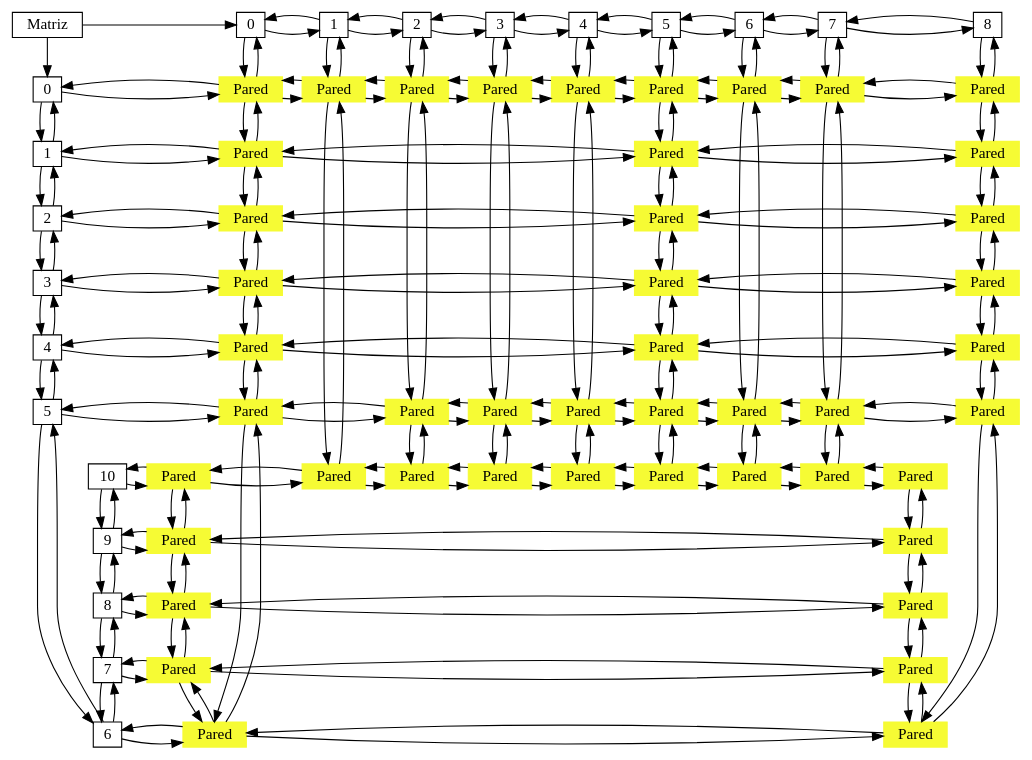
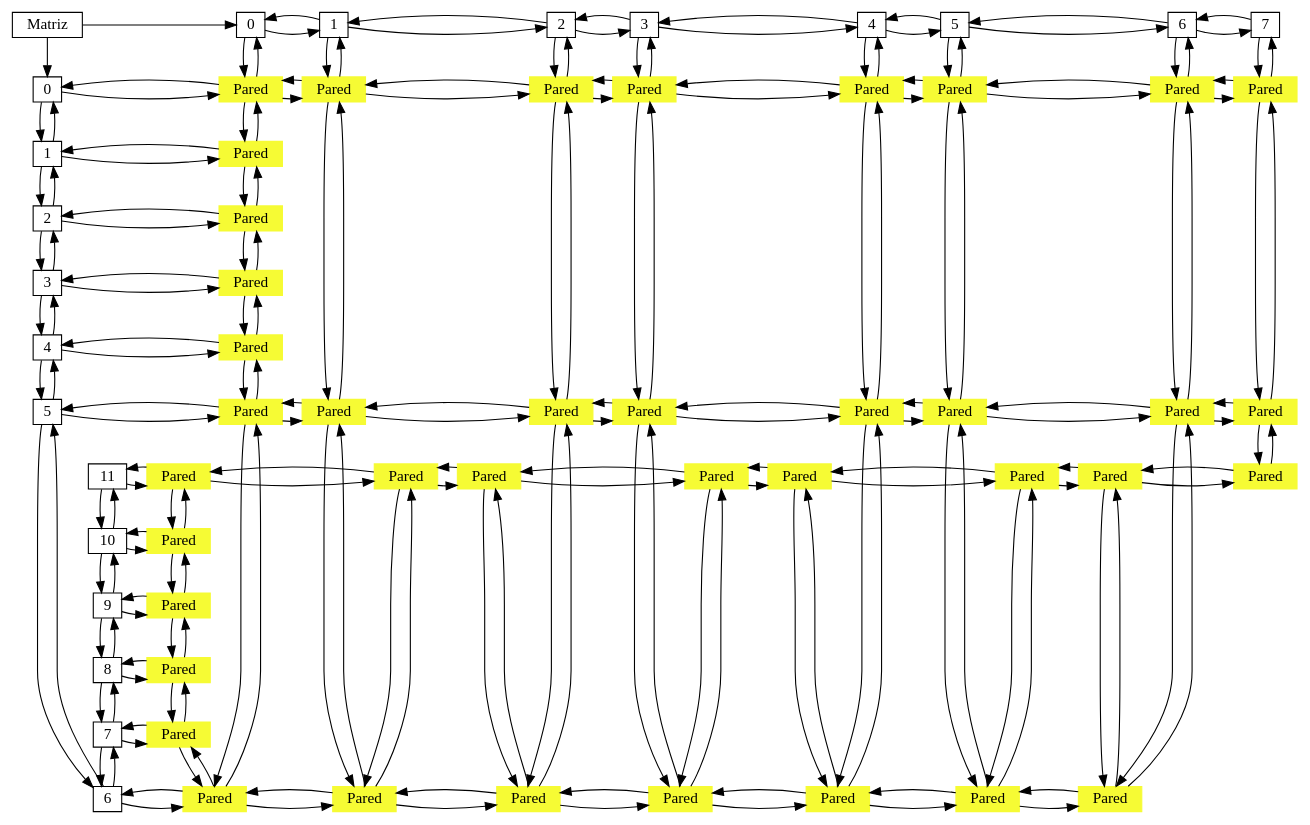
Before and after one commit to olgt/Laboratorio_EDD_201612341: the diagram in build-EDD_Proyecto_1-Desktop_Qt_5_15_0_GCC_64bit-Debug/Proyecto_Proyecto2_Nivel0.gv, drawn with Graphviz. The commit also changed 65 other files, not shown here.

```diff
--- a/build-EDD_Proyecto_1-Desktop_Qt_5_15_0_GCC_64bit-Debug/Proyecto_Proyecto2_Nivel0.gv
+++ b/build-EDD_Proyecto_1-Desktop_Qt_5_15_0_GCC_64bit-Debug/Proyecto_Proyecto2_Nivel0.gv
@@ -3,40 +3,43 @@
 node [shape=box, width=.1, height=.1]; 
 node0 [label = "Matriz", group=-1] 
 { 
-rank=same; node0, nodeY0, nodeY1, nodeY2, nodeY3, nodeY4, nodeY5, nodeY6, nodeY7, nodeY8; 
+rank=same; node0, nodeY0, nodeY1, nodeY2, nodeY3, nodeY4, nodeY5, nodeY6, nodeY7; 
 } 
 { 
-rank=same; nodeX0, node10000, node40001, node40002, node40003, node40004, node40005, node40006, node40007, node40008; 
+rank=same; nodeX0, node10000, node40001, node40002, node40003, node40004, node40005, node40006, node40007; 
 } 
 { 
-rank=same; nodeX1, node10001, node50001, node30001; 
+rank=same; nodeX1, node10001; 
 } 
 { 
-rank=same; nodeX2, node10002, node50002, node30002; 
+rank=same; nodeX2, node10002; 
 } 
 { 
-rank=same; nodeX3, node10003, node50003, node30003; 
+rank=same; nodeX3, node10003; 
 } 
 { 
-rank=same; nodeX4, node10004, node50004, node30004; 
+rank=same; nodeX4, node10004; 
 } 
 { 
-rank=same; nodeX5, node10005, node120002, node120003, node120004, node120005, node120006, node120007, node30005; 
+rank=same; nodeX5, node10005, node80001, node80002, node80003, node80004, node80005, node80006, node80007; 
 } 
 { 
-rank=same; nodeX6, node10006, node30006; 
+rank=same; nodeX6, node10006, node100001, node100002, node100003, node100004, node100005, node100006; 
 } 
 { 
-rank=same; nodeX7, node10007, node30007; 
+rank=same; nodeX7, node10007; 
 } 
 { 
-rank=same; nodeX8, node10008, node30008; 
+rank=same; nodeX8, node10008; 
 } 
 { 
-rank=same; nodeX9, node10009, node30009; 
+rank=same; nodeX9, node10009; 
 } 
 { 
-rank=same; nodeX10, node10010, node80001, node80002, node80003, node80004, node80005, node80006, node80007, node30010; 
+rank=same; nodeX10, node10010; 
+} 
+{ 
+rank=same; nodeX11, node60000, node60001, node60002, node60003, node60004, node60005, node60006, node60007; 
 } 
 nodeY0[label = "0", group=0]; 
 nodeY1[label = "1", group=1]; 
@@ -46,7 +49,6 @@
 nodeY5[label = "5", group=5]; 
 nodeY6[label = "6", group=6]; 
 nodeY7[label = "7", group=7]; 
-nodeY8[label = "8", group=8]; 
 nodeX0[label = "0", group=-1]; 
 nodeX1[label = "1", group=-1]; 
 nodeX2[label = "2", group=-1]; 
@@ -58,6 +60,7 @@
 nodeX8[label = "8", group=-1]; 
 nodeX9[label = "9", group=-1]; 
 nodeX10[label = "10", group=-1]; 
+nodeX11[label = "11", group=-1]; 
 node10000[label = "Pared", group=0, style=filled, color="#F6FB34"]; 
 node40001[label = "Pared", group=1, style=filled, color="#F6FB34"]; 
 node40002[label = "Pared", group=2, style=filled, color="#F6FB34"]; 
@@ -66,36 +69,11 @@
 node40005[label = "Pared", group=5, style=filled, color="#F6FB34"]; 
 node40006[label = "Pared", group=6, style=filled, color="#F6FB34"]; 
 node40007[label = "Pared", group=7, style=filled, color="#F6FB34"]; 
-node40008[label = "Pared", group=8, style=filled, color="#F6FB34"]; 
 node10001[label = "Pared", group=0, style=filled, color="#F6FB34"]; 
-node50001[label = "Pared", group=5, style=filled, color="#F6FB34"]; 
-node30001[label = "Pared", group=8, style=filled, color="#F6FB34"]; 
 node10002[label = "Pared", group=0, style=filled, color="#F6FB34"]; 
-node50002[label = "Pared", group=5, style=filled, color="#F6FB34"]; 
-node30002[label = "Pared", group=8, style=filled, color="#F6FB34"]; 
 node10003[label = "Pared", group=0, style=filled, color="#F6FB34"]; 
-node50003[label = "Pared", group=5, style=filled, color="#F6FB34"]; 
-node30003[label = "Pared", group=8, style=filled, color="#F6FB34"]; 
 node10004[label = "Pared", group=0, style=filled, color="#F6FB34"]; 
-node50004[label = "Pared", group=5, style=filled, color="#F6FB34"]; 
-node30004[label = "Pared", group=8, style=filled, color="#F6FB34"]; 
 node10005[label = "Pared", group=0, style=filled, color="#F6FB34"]; 
-node120002[label = "Pared", group=2, style=filled, color="#F6FB34"]; 
-node120003[label = "Pared", group=3, style=filled, color="#F6FB34"]; 
-node120004[label = "Pared", group=4, style=filled, color="#F6FB34"]; 
-node120005[label = "Pared", group=5, style=filled, color="#F6FB34"]; 
-node120006[label = "Pared", group=6, style=filled, color="#F6FB34"]; 
-node120007[label = "Pared", group=7, style=filled, color="#F6FB34"]; 
-node30005[label = "Pared", group=8, style=filled, color="#F6FB34"]; 
-node10006[label = "Pared", group=0, style=filled, color="#F6FB34"]; 
-node30006[label = "Pared", group=8, style=filled, color="#F6FB34"]; 
-node10007[label = "Pared", group=0, style=filled, color="#F6FB34"]; 
-node30007[label = "Pared", group=8, style=filled, color="#F6FB34"]; 
-node10008[label = "Pared", group=0, style=filled, color="#F6FB34"]; 
-node30008[label = "Pared", group=8, style=filled, color="#F6FB34"]; 
-node10009[label = "Pared", group=0, style=filled, color="#F6FB34"]; 
-node30009[label = "Pared", group=8, style=filled, color="#F6FB34"]; 
-node10010[label = "Pared", group=0, style=filled, color="#F6FB34"]; 
 node80001[label = "Pared", group=1, style=filled, color="#F6FB34"]; 
 node80002[label = "Pared", group=2, style=filled, color="#F6FB34"]; 
 node80003[label = "Pared", group=3, style=filled, color="#F6FB34"]; 
@@ -103,7 +81,25 @@
 node80005[label = "Pared", group=5, style=filled, color="#F6FB34"]; 
 node80006[label = "Pared", group=6, style=filled, color="#F6FB34"]; 
 node80007[label = "Pared", group=7, style=filled, color="#F6FB34"]; 
-node30010[label = "Pared", group=8, style=filled, color="#F6FB34"]; 
+node10006[label = "Pared", group=0, style=filled, color="#F6FB34"]; 
+node100001[label = "Pared", group=1, style=filled, color="#F6FB34"]; 
+node100002[label = "Pared", group=2, style=filled, color="#F6FB34"]; 
+node100003[label = "Pared", group=3, style=filled, color="#F6FB34"]; 
+node100004[label = "Pared", group=4, style=filled, color="#F6FB34"]; 
+node100005[label = "Pared", group=5, style=filled, color="#F6FB34"]; 
+node100006[label = "Pared", group=6, style=filled, color="#F6FB34"]; 
+node10007[label = "Pared", group=0, style=filled, color="#F6FB34"]; 
+node10008[label = "Pared", group=0, style=filled, color="#F6FB34"]; 
+node10009[label = "Pared", group=0, style=filled, color="#F6FB34"]; 
+node10010[label = "Pared", group=0, style=filled, color="#F6FB34"]; 
+node60000[label = "Pared", group=0, style=filled, color="#F6FB34"]; 
+node60001[label = "Pared", group=1, style=filled, color="#F6FB34"]; 
+node60002[label = "Pared", group=2, style=filled, color="#F6FB34"]; 
+node60003[label = "Pared", group=3, style=filled, color="#F6FB34"]; 
+node60004[label = "Pared", group=4, style=filled, color="#F6FB34"]; 
+node60005[label = "Pared", group=5, style=filled, color="#F6FB34"]; 
+node60006[label = "Pared", group=6, style=filled, color="#F6FB34"]; 
+node60007[label = "Pared", group=7, style=filled, color="#F6FB34"]; 
 node0->nodeY0; 
 node0->nodeX0; 
 nodeY0->nodeY1;
@@ -130,90 +126,74 @@
 node10009->node10008; 
 node10009->node10010; 
 node10010->node10009; 
+node10010->node60000; 
+node60000->node10010; 
 nodeY1->nodeY2;
 nodeY2->nodeY1;
 nodeY1->node40001; 
 node40001->nodeY1; 
 node40001->node80001; 
 node80001->node40001; 
+node80001->node100001; 
+node100001->node80001; 
+node100001->node60001; 
+node60001->node100001; 
 nodeY2->nodeY3;
 nodeY3->nodeY2;
 nodeY2->node40002; 
 node40002->nodeY2; 
-node40002->node120002; 
-node120002->node40002; 
-node120002->node80002; 
-node80002->node120002; 
+node40002->node80002; 
+node80002->node40002; 
+node80002->node100002; 
+node100002->node80002; 
+node100002->node60002; 
+node60002->node100002; 
 nodeY3->nodeY4;
 nodeY4->nodeY3;
 nodeY3->node40003; 
 node40003->nodeY3; 
-node40003->node120003; 
-node120003->node40003; 
-node120003->node80003; 
-node80003->node120003; 
+node40003->node80003; 
+node80003->node40003; 
+node80003->node100003; 
+node100003->node80003; 
+node100003->node60003; 
+node60003->node100003; 
 nodeY4->nodeY5;
 nodeY5->nodeY4;
 nodeY4->node40004; 
 node40004->nodeY4; 
-node40004->node120004; 
-node120004->node40004; 
-node120004->node80004; 
-node80004->node120004; 
+node40004->node80004; 
+node80004->node40004; 
+node80004->node100004; 
+node100004->node80004; 
+node100004->node60004; 
+node60004->node100004; 
 nodeY5->nodeY6;
 nodeY6->nodeY5;
 nodeY5->node40005; 
 node40005->nodeY5; 
-node40005->node50001; 
-node50001->node40005; 
-node50001->node50002; 
-node50002->node50001; 
-node50002->node50003; 
-node50003->node50002; 
-node50003->node50004; 
-node50004->node50003; 
-node50004->node120005; 
-node120005->node50004; 
-node120005->node80005; 
-node80005->node120005; 
+node40005->node80005; 
+node80005->node40005; 
+node80005->node100005; 
+node100005->node80005; 
+node100005->node60005; 
+node60005->node100005; 
 nodeY6->nodeY7;
 nodeY7->nodeY6;
 nodeY6->node40006; 
 node40006->nodeY6; 
-node40006->node120006; 
-node120006->node40006; 
-node120006->node80006; 
-node80006->node120006; 
-nodeY7->nodeY8;
-nodeY8->nodeY7;
+node40006->node80006; 
+node80006->node40006; 
+node80006->node100006; 
+node100006->node80006; 
+node100006->node60006; 
+node60006->node100006; 
 nodeY7->node40007; 
 node40007->nodeY7; 
-node40007->node120007; 
-node120007->node40007; 
-node120007->node80007; 
-node80007->node120007; 
-nodeY8->node40008; 
-node40008->nodeY8; 
-node40008->node30001; 
-node30001->node40008; 
-node30001->node30002; 
-node30002->node30001; 
-node30002->node30003; 
-node30003->node30002; 
-node30003->node30004; 
-node30004->node30003; 
-node30004->node30005; 
-node30005->node30004; 
-node30005->node30006; 
-node30006->node30005; 
-node30006->node30007; 
-node30007->node30006; 
-node30007->node30008; 
-node30008->node30007; 
-node30008->node30009; 
-node30009->node30008; 
-node30009->node30010; 
-node30010->node30009; 
+node40007->node80007; 
+node80007->node40007; 
+node80007->node60007; 
+node60007->node80007; 
 nodeX0->nodeX1;
 nodeX1->nodeX0;
 nodeX0->node10000; 
@@ -232,86 +212,28 @@
 node40006->node40005; 
 node40006->node40007; 
 node40007->node40006; 
-node40007->node40008; 
-node40008->node40007; 
 nodeX1->nodeX2;
 nodeX2->nodeX1;
 nodeX1->node10001; 
 node10001->nodeX1; 
-node10001->node50001; 
-node50001->node10001; 
-node50001->node30001; 
-node30001->node50001; 
 nodeX2->nodeX3;
 nodeX3->nodeX2;
 nodeX2->node10002; 
 node10002->nodeX2; 
-node10002->node50002; 
-node50002->node10002; 
-node50002->node30002; 
-node30002->node50002; 
 nodeX3->nodeX4;
 nodeX4->nodeX3;
 nodeX3->node10003; 
 node10003->nodeX3; 
-node10003->node50003; 
-node50003->node10003; 
-node50003->node30003; 
-node30003->node50003; 
 nodeX4->nodeX5;
 nodeX5->nodeX4;
 nodeX4->node10004; 
 node10004->nodeX4; 
-node10004->node50004; 
-node50004->node10004; 
-node50004->node30004; 
-node30004->node50004; 
 nodeX5->nodeX6;
 nodeX6->nodeX5;
 nodeX5->node10005; 
 node10005->nodeX5; 
-node10005->node120002; 
-node120002->node10005; 
-node120002->node120003; 
-node120003->node120002; 
-node120003->node120004; 
-node120004->node120003; 
-node120004->node120005; 
-node120005->node120004; 
-node120005->node120006; 
-node120006->node120005; 
-node120006->node120007; 
-node120007->node120006; 
-node120007->node30005; 
-node30005->node120007; 
-nodeX6->nodeX7;
-nodeX7->nodeX6;
-nodeX6->node10006; 
-node10006->nodeX6; 
-node10006->node30006; 
-node30006->node10006; 
-nodeX7->nodeX8;
-nodeX8->nodeX7;
-nodeX7->node10007; 
-node10007->nodeX7; 
-node10007->node30007; 
-node30007->node10007; 
-nodeX8->nodeX9;
-nodeX9->nodeX8;
-nodeX8->node10008; 
-node10008->nodeX8; 
-node10008->node30008; 
-node30008->node10008; 
-nodeX9->nodeX10;
-nodeX10->nodeX9;
-nodeX9->node10009; 
-node10009->nodeX9; 
-node10009->node30009; 
-node30009->node10009; 
-nodeX10->node10010; 
-node10010->nodeX10; 
-node10010->node80001; 
-node80001->node10010; 
+node10005->node80001; 
+node80001->node10005; 
 node80001->node80002; 
 node80002->node80001; 
 node80002->node80003; 
@@ -324,6 +246,52 @@
 node80006->node80005; 
 node80006->node80007; 
 node80007->node80006; 
-node80007->node30010; 
-node30010->node80007; 
+nodeX6->nodeX7;
+nodeX7->nodeX6;
+nodeX6->node10006; 
+node10006->nodeX6; 
+node10006->node100001; 
+node100001->node10006; 
+node100001->node100002; 
+node100002->node100001; 
+node100002->node100003; 
+node100003->node100002; 
+node100003->node100004; 
+node100004->node100003; 
+node100004->node100005; 
+node100005->node100004; 
+node100005->node100006; 
+node100006->node100005; 
+nodeX7->nodeX8;
+nodeX8->nodeX7;
+nodeX7->node10007; 
+node10007->nodeX7; 
+nodeX8->nodeX9;
+nodeX9->nodeX8;
+nodeX8->node10008; 
+node10008->nodeX8; 
+nodeX9->nodeX10;
+nodeX10->nodeX9;
+nodeX9->node10009; 
+node10009->nodeX9; 
+nodeX10->nodeX11;
+nodeX11->nodeX10;
+nodeX10->node10010; 
+node10010->nodeX10; 
+nodeX11->node60000; 
+node60000->nodeX11; 
+node60000->node60001; 
+node60001->node60000; 
+node60001->node60002; 
+node60002->node60001; 
+node60002->node60003; 
+node60003->node60002; 
+node60003->node60004; 
+node60004->node60003; 
+node60004->node60005; 
+node60005->node60004; 
+node60005->node60006; 
+node60006->node60005; 
+node60006->node60007; 
+node60007->node60006; 
 }
```
